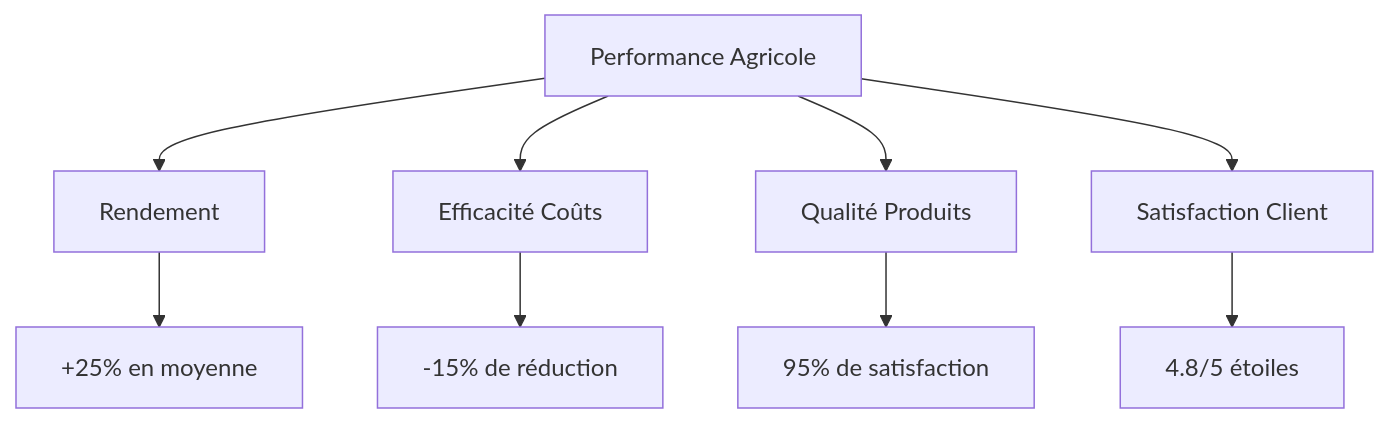
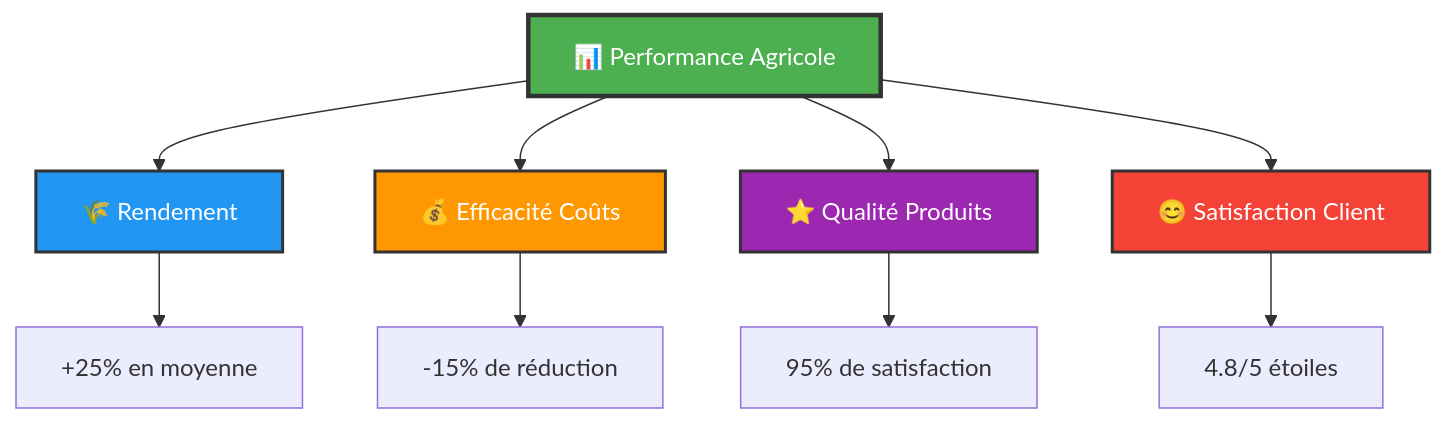
One commit to MaximeKELI/Projet-AGRICOLE changed diagram 12 of 13 in README.md. Above: the diagram before and after it, drawn with Mermaid. The commit also changed other lines of this file and 2 other files, not shown here.

````diff
--- a/README.md
+++ b/README.md
@@ -602,12 +1047,18 @@
 ```mermaid
 graph TD
-    A[Performance Agricole] --> B[Rendement]
-    A --> C[Efficacité Coûts]
-    A --> D[Qualité Produits]
-    A --> E[Satisfaction Client]
+    A[📊 Performance Agricole] --> B[🌾 Rendement]
+    A --> C[💰 Efficacité Coûts]
+    A --> D[⭐ Qualité Produits]
+    A --> E[😊 Satisfaction Client]
     
     B --> F[+25% en moyenne]
     C --> G[-15% de réduction]
     D --> H[95% de satisfaction]
     E --> I[4.8/5 étoiles]
+    
+    style A fill:#4CAF50,stroke:#333,stroke-width:3px,color:#fff
+    style B fill:#2196F3,stroke:#333,stroke-width:2px,color:#fff
+    style C fill:#FF9800,stroke:#333,stroke-width:2px,color:#fff
+    style D fill:#9C27B0,stroke:#333,stroke-width:2px,color:#fff
+    style E fill:#F44336,stroke:#333,stroke-width:2px,color:#fff
 ```
````
